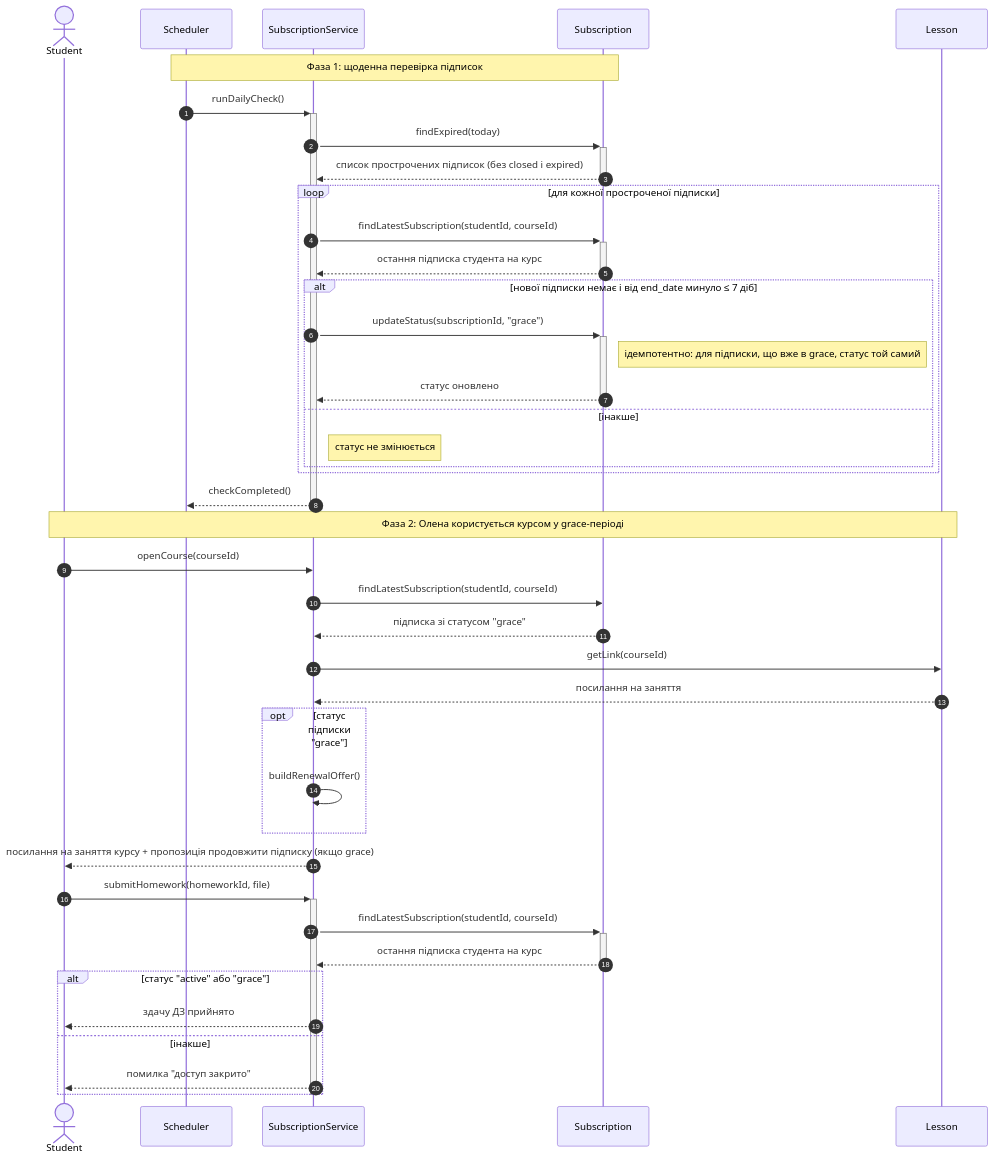
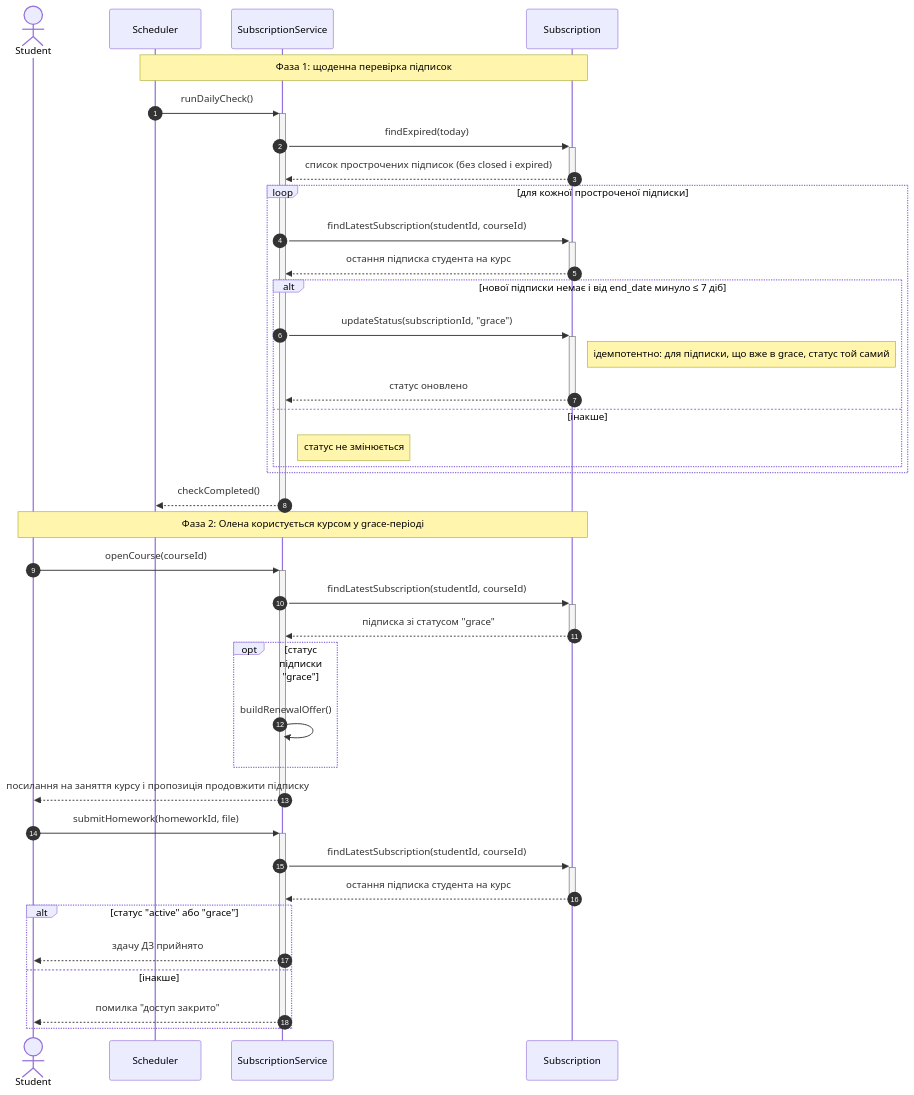
The diagram in Sequence Diagram/diagram-req-31.mmd (grmaryna/MathHub), drawn with Mermaid before and after one commit.

Commit message:
змінено діаграму та прибрано Lesson

```diff
--- a/Sequence Diagram/diagram-req-31.mmd
+++ b/Sequence Diagram/diagram-req-31.mmd
@@ -1,52 +1,48 @@
 sequenceDiagram
     autonumber
     actor Student
     participant Scheduler
     participant SubscriptionService
     participant Subscription
-    participant Lesson
 
     Note over Scheduler,Subscription: Фаза 1: щоденна перевірка підписок
 
     Scheduler->>+SubscriptionService: runDailyCheck()
     SubscriptionService->>+Subscription: findExpired(today)
     Subscription-->>-SubscriptionService: список прострочених підписок (без closed і expired)
 
     loop для кожної простроченої підписки
         SubscriptionService->>+Subscription: findLatestSubscription(studentId, courseId)
         Subscription-->>-SubscriptionService: остання підписка студента на курс
 
         alt нової підписки немає і від end_date минуло ≤ 7 діб
             SubscriptionService->>+Subscription: updateStatus(subscriptionId, "grace")
             Note right of Subscription: ідемпотентно: для підписки, що вже в grace, статус той самий
             Subscription-->>-SubscriptionService: статус оновлено
         else інакше
             Note right of SubscriptionService: статус не змінюється
         end
     end
     SubscriptionService-->>-Scheduler: checkCompleted()
 
-    Note over Student,Lesson: Фаза 2: Олена користується курсом у grace-періоді
+    Note over Student,Subscription: Фаза 2: Олена користується курсом у grace-періоді
 
-    Student->>SubscriptionService: openCourse(courseId)
-    SubscriptionService->>Subscription: findLatestSubscription(studentId, courseId)
-    Subscription-->>SubscriptionService: підписка зі статусом "grace"
-    SubscriptionService->>Lesson: getLink(courseId)
-    Lesson-->>SubscriptionService: посилання на заняття
-
+        Student->>+SubscriptionService: openCourse(courseId)
+    SubscriptionService->>+Subscription: findLatestSubscription(studentId, courseId)
+    Subscription-->>-SubscriptionService: підписка зі статусом "grace"
     opt статус підписки "grace"
         SubscriptionService->>SubscriptionService: buildRenewalOffer()
     end
-
-    SubscriptionService-->>Student: посилання на заняття курсу + пропозиція продовжити підписку (якщо grace)
+    
+    SubscriptionService-->>-Student: посилання на заняття курсу і пропозиція продовжити підписку
 
     Student->>+SubscriptionService: submitHomework(homeworkId, file)
     SubscriptionService->>+Subscription: findLatestSubscription(studentId, courseId)
     Subscription-->>-SubscriptionService: остання підписка студента на курс
 
     alt статус "active" або "grace"
         SubscriptionService-->>Student: здачу ДЗ прийнято
     else інакше
         SubscriptionService-->>Student: помилка "доступ закрито"
     end
     deactivate SubscriptionService
```
